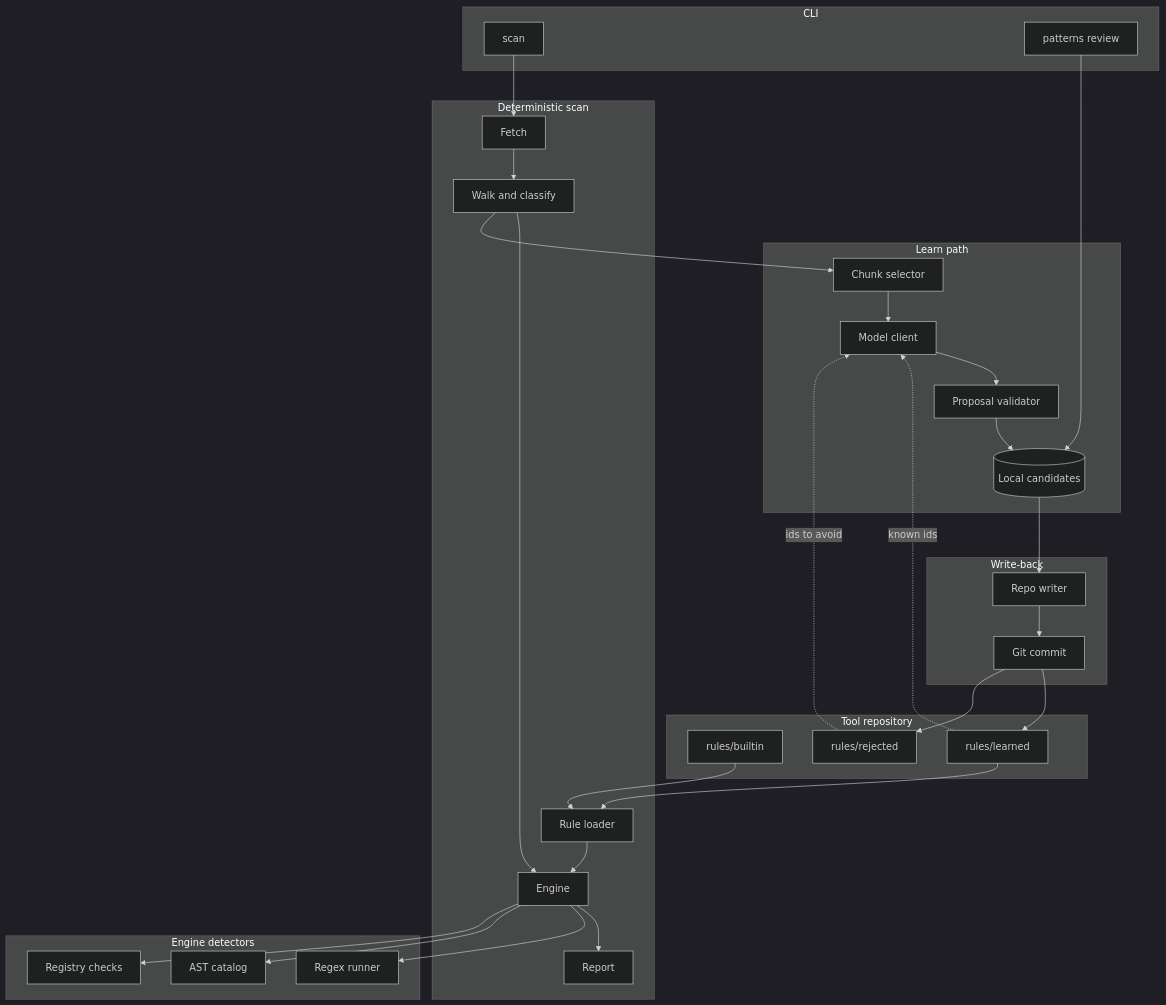
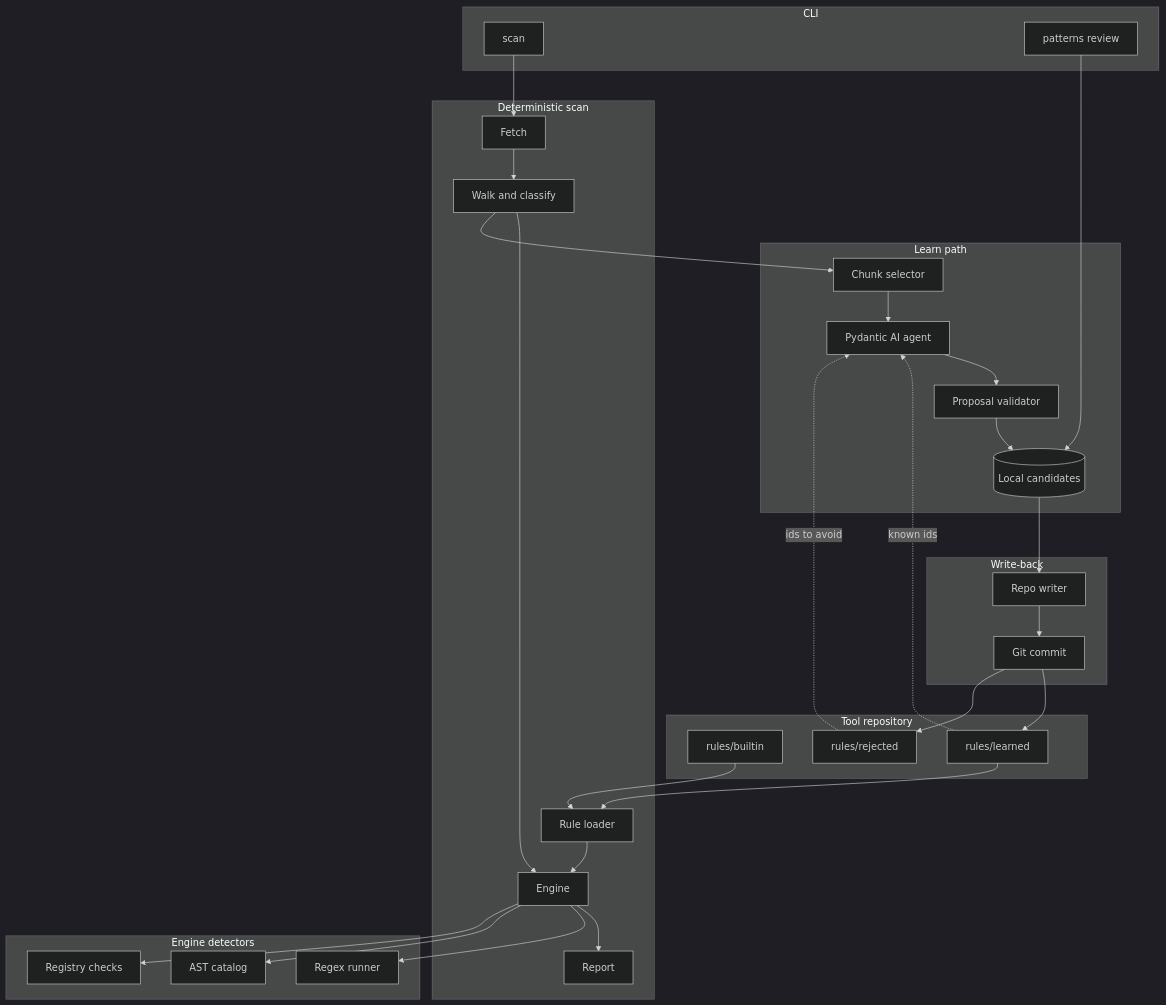
One commit to nunombispo/bad-code-patterns-scanner changed the second of 4 diagrams in docs/architecture.md. Above: the diagram before and after it, drawn with Mermaid (dark theme). The commit also changed other lines of this file, not shown here.

First line of the commit message:
Specify Pydantic AI for the phase 2 learn agent.

````diff
--- a/docs/architecture.md
+++ b/docs/architecture.md
@@ -32,55 +32,55 @@
 ```mermaid
 flowchart TB
   subgraph commands [CLI]
     scanCmd[scan]
     reviewCmd[patterns review]
   end
 
   subgraph deterministic [Deterministic scan]
     fetch[Fetch]
     walk[Walk and classify]
     loader[Rule loader]
     engine[Engine]
     report[Report]
   end
 
   subgraph detectors [Engine detectors]
     regex[Regex runner]
     ast[AST catalog]
     packages[Registry checks]
   end
 
   subgraph learn [Learn path]
     select[Chunk selector]
-    client[Model client]
+    client[Pydantic AI agent]
     validate[Proposal validator]
     candidates[(Local candidates)]
   end
 
   subgraph writeback [Write-back]
     writer[Repo writer]
     git[Git commit]
   end
 
   subgraph library [Tool repository]
     builtin[rules/builtin]
     learned[rules/learned]
     rejected[rules/rejected]
   end
 
   scanCmd --> fetch --> walk --> engine --> report
   loader --> engine
   builtin --> loader
   learned --> loader
   engine --> regex
   engine --> ast
   engine --> packages
 
   walk --> select --> client --> validate --> candidates
   learned -.->|known ids| client
   rejected -.->|ids to avoid| client
 
   reviewCmd --> candidates --> writer --> git
   git --> learned
   git --> rejected
 ```
````
